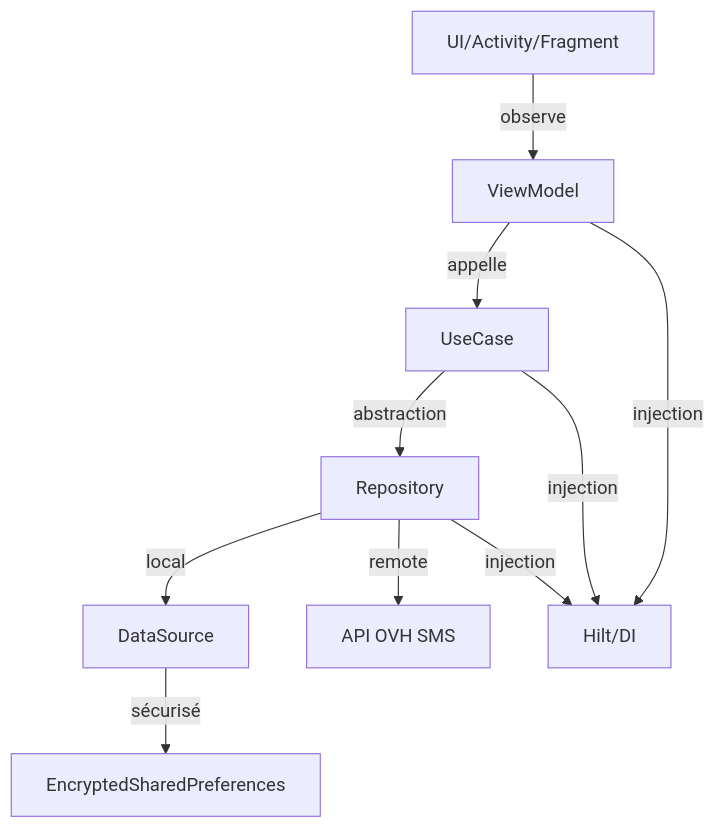
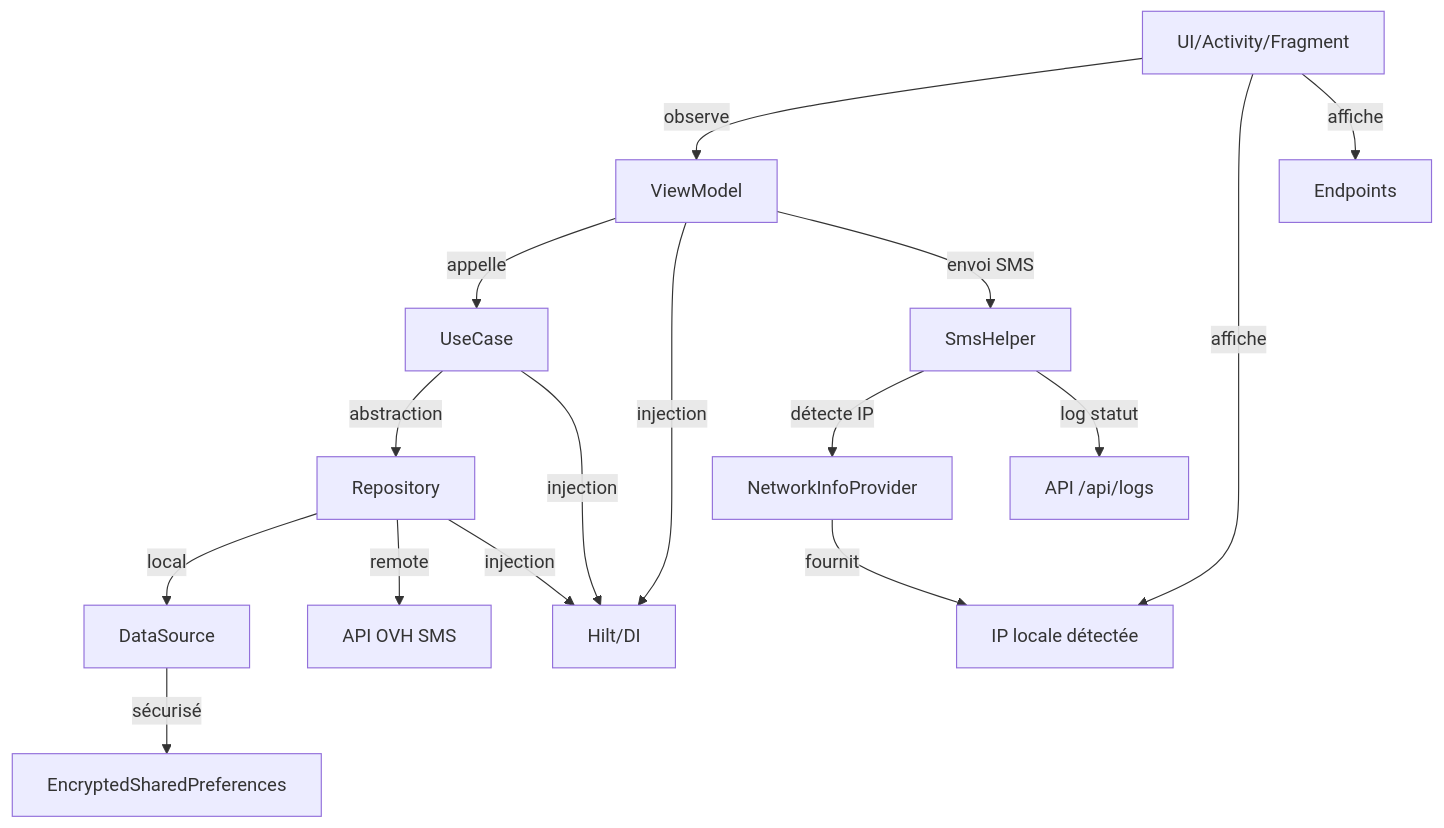
Before and after one commit to nemo2506/SMS-OVH: the diagram in README.md, drawn with Mermaid. The commit also changed other lines of this file, not shown here.

Commit message:
docs: mise à jour du README (icône dynamique, IP/endpoints, suppression URL/logs UI, schéma architecture à jour)

````diff
--- a/README.md
+++ b/README.md
@@ -37,21 +41,31 @@
 ```mermaid
 flowchart TD
     UI[UI/Activity/Fragment]
     VM[ViewModel]
     UC[UseCase]
     Repo[Repository]
     DS[DataSource]
     ESP[EncryptedSharedPreferences]
     API[API OVH SMS]
     Hilt[Hilt/DI]
+    SH[SmsHelper]
+    NIP[NetworkInfoProvider]
+    LOGS[API /api/logs]
+    IP[IP locale détectée]
 
     UI -->|observe| VM
     VM -->|appelle| UC
     UC -->|abstraction| Repo
     Repo -->|local| DS
     Repo -->|remote| API
     DS -->|sécurisé| ESP
     VM -->|injection| Hilt
     UC -->|injection| Hilt
     Repo -->|injection| Hilt
+    VM -->|envoi SMS| SH
+    SH -->|détecte IP| NIP
+    NIP -->|fournit| IP
+    SH -->|log statut| LOGS
+    UI -->|affiche| IP
+    UI -->|affiche| Endpoints
 ```
````
